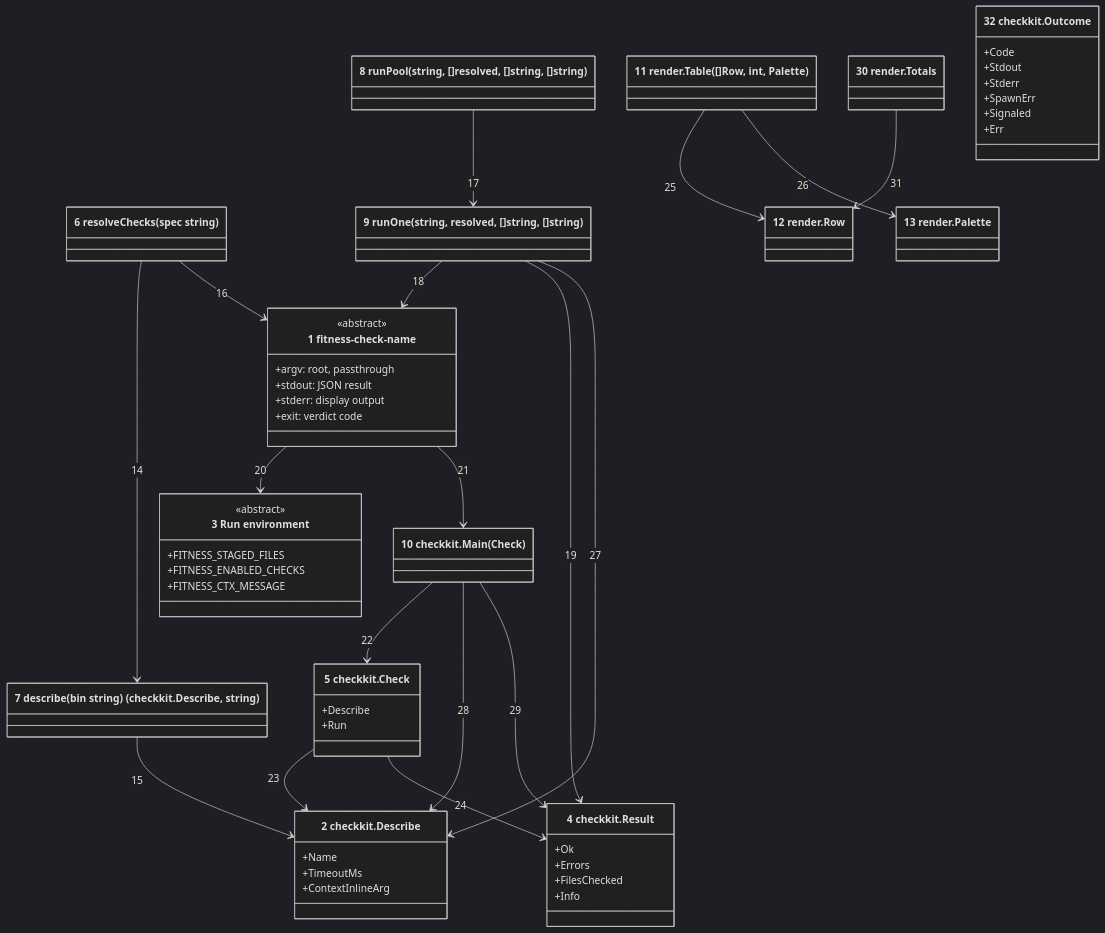
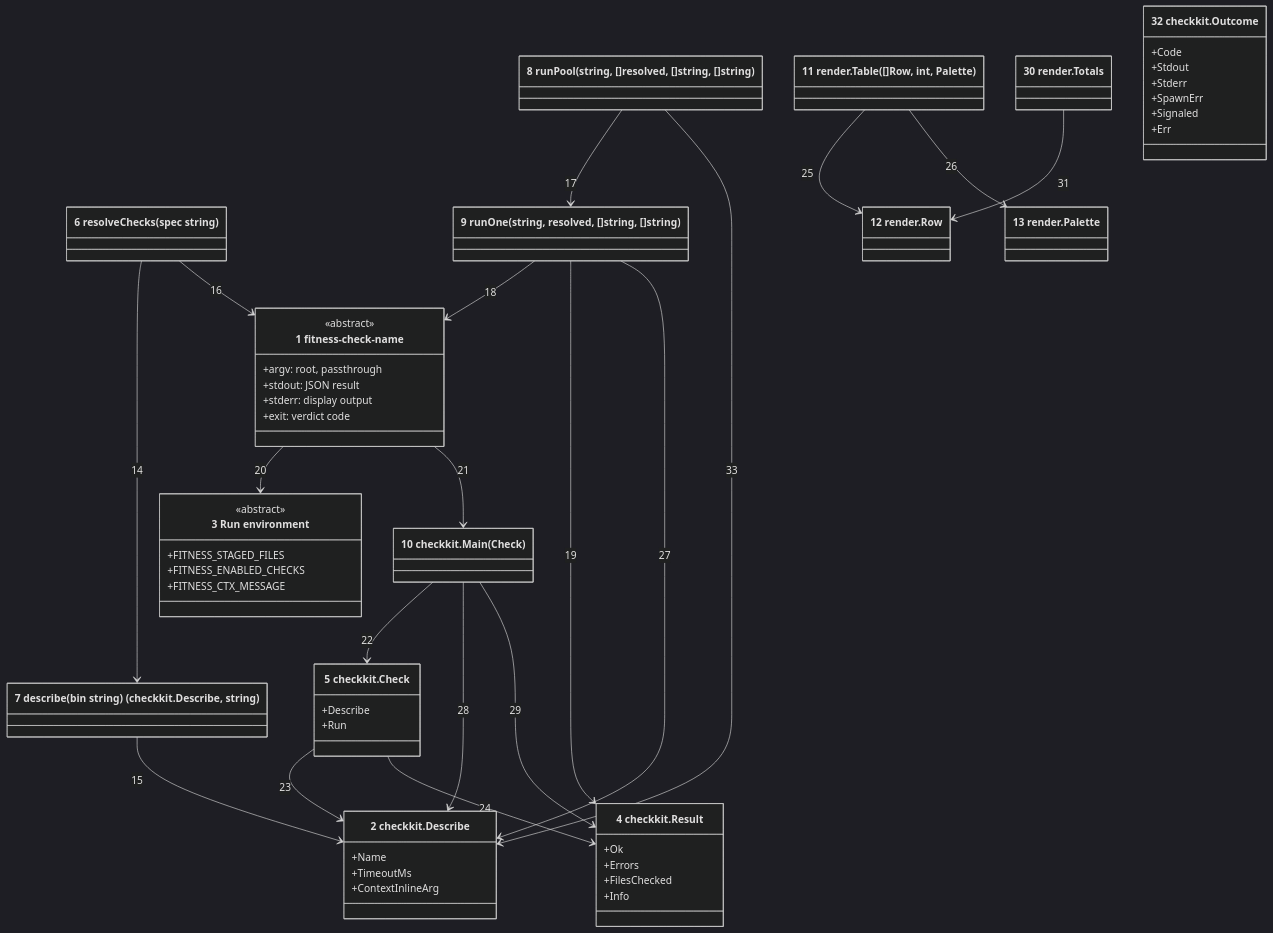
The first of 2 diagrams in docs/architecture/04-code.md (may-journal/fitness-runner), drawn with Mermaid (dark theme) before and after one commit. The commit also changed other lines of this file and 4 other files, not shown here.

````diff
--- a/docs/architecture/04-code.md
+++ b/docs/architecture/04-code.md
@@ -8,66 +8,67 @@
 ```mermaid
 classDiagram
     class CheckBinary["1 fitness-check-name"] {
         <<abstract>>
         +argv: root, passthrough
         +stdout: JSON result
         +stderr: display output
         +exit: verdict code
     }
     class Describe["2 checkkit.Describe"] {
         +Name
         +TimeoutMs
         +ContextInlineArg
     }
     class RunEnv["3 Run environment"] {
         <<abstract>>
         +FITNESS_STAGED_FILES
         +FITNESS_ENABLED_CHECKS
         +FITNESS_CTX_MESSAGE
     }
     class Result["4 checkkit.Result"] {
         +Ok
         +Errors
         +FilesChecked
         +Info
     }
     class Check["5 checkkit.Check"] {
         +Describe
         +Run
     }
     class resolveChecks["6 resolveChecks(spec string)"]
     class describe["7 describe(bin string) (checkkit.Describe, string)"]
     class runPool["8 runPool(string, []resolved, []string, []string)"]
     class runOne["9 runOne(string, resolved, []string, []string)"]
     class checkkitMain["10 checkkit.Main(Check)"]
     class renderTable["11 render.Table([]Row, int, Palette)"]
     class Row["12 render.Row"]
     class Palette["13 render.Palette"]
     class Totals["30 render.Totals"]
     class Outcome["32 checkkit.Outcome"] {
         +Code
         +Stdout
         +Stderr
         +SpawnErr
         +Signaled
         +Err
     }
 
     resolveChecks --> describe : 14
     describe --> Describe : 15
     resolveChecks --> CheckBinary : 16
     runPool --> runOne : 17
     runOne --> CheckBinary : 18
     runOne --> Result : 19
     CheckBinary --> RunEnv : 20
     CheckBinary --> checkkitMain : 21
     checkkitMain --> Check : 22
     Check --> Describe : 23
     Check --> Result : 24
     renderTable --> Row : 25
     renderTable --> Palette : 26
     runOne --> Describe : 27
     checkkitMain --> Describe : 28
     checkkitMain --> Result : 29
     Totals --> Row : 31
+    runPool --> Describe : 33
 ```
````
